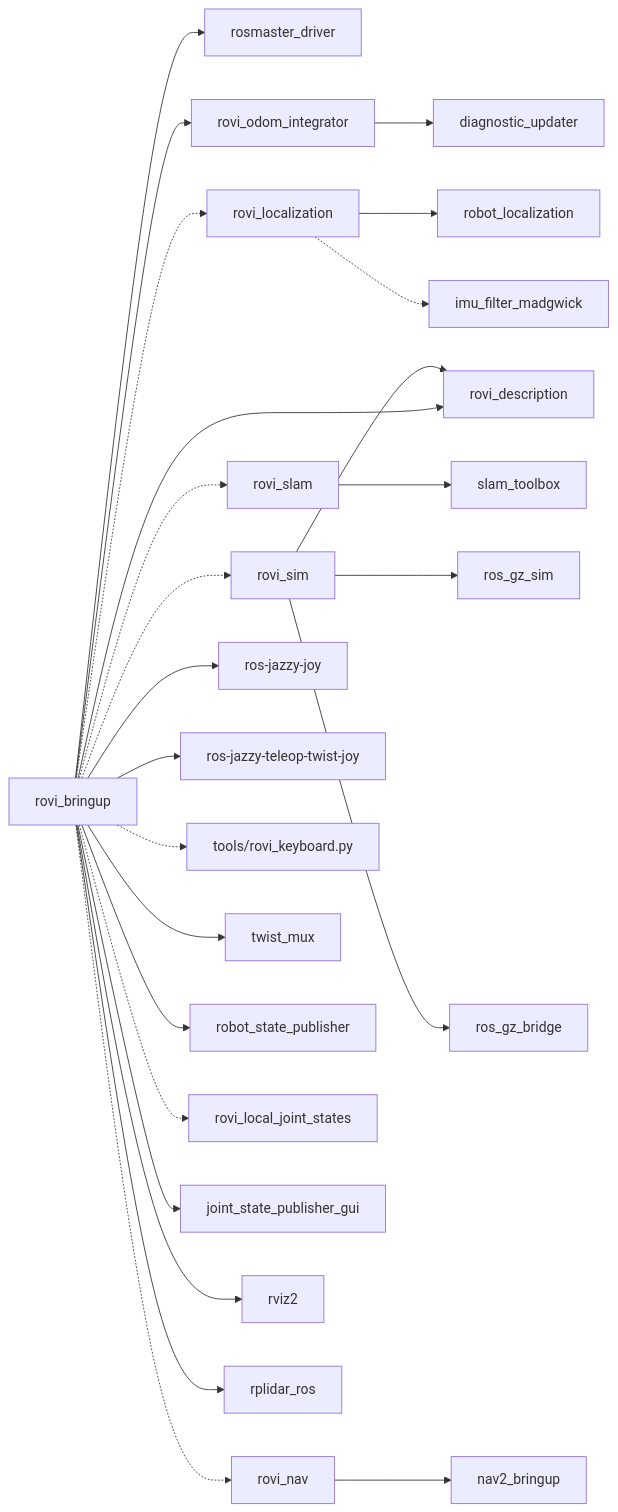
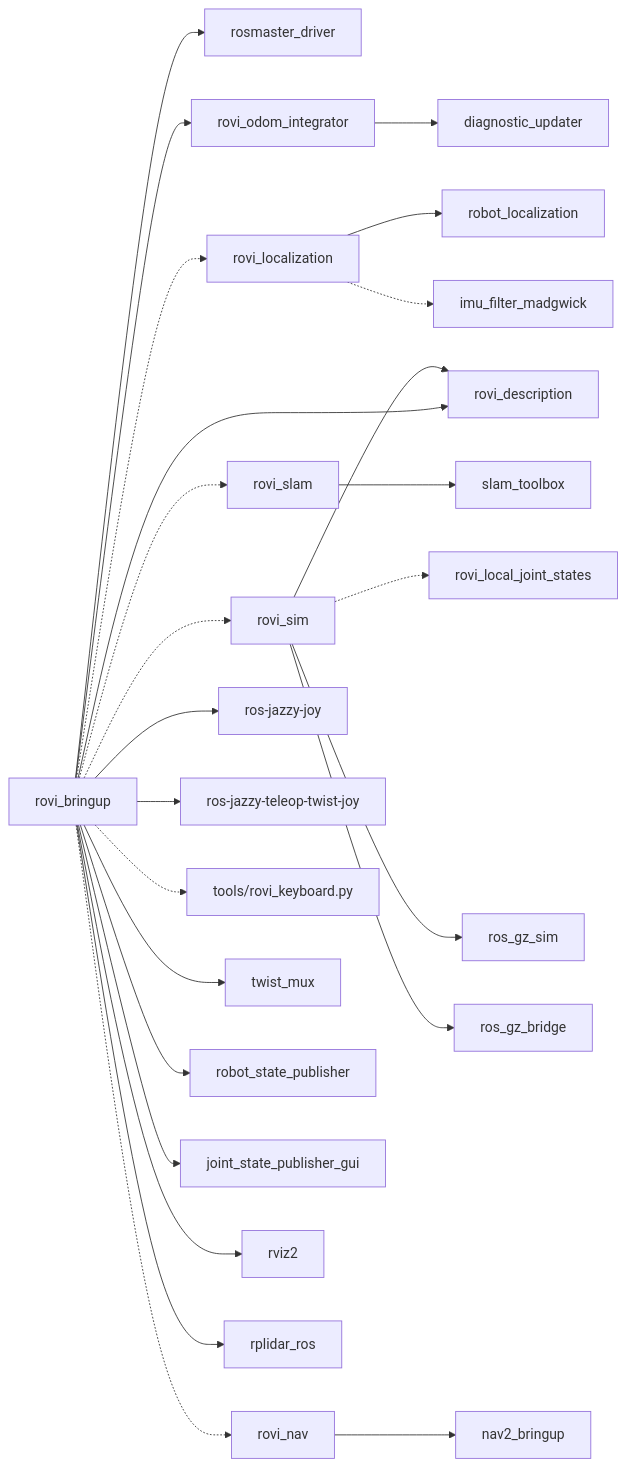
One commit to Roblibs/rovi_ros_ws changed diagram 12 of 12 in README.md. Above: the diagram before and after it, drawn with Mermaid. The commit also changed other lines of this file and 10 other files, not shown here.

````diff
--- a/README.md
+++ b/README.md
@@ -399,60 +399,60 @@
 ```mermaid
 flowchart LR
     RoviBringup[rovi_bringup]
     RoviDesc[rovi_description]
     Rosmaster[rosmaster_driver]
     RoviOdom[rovi_odom_integrator]
     RoviLoc[rovi_localization]
     RoviSlam[rovi_slam]
     RoviNav[rovi_nav]
     RoviSim[rovi_sim]
 
   
   Joy[ros-jazzy-joy]
   Teleop[ros-jazzy-teleop-twist-joy]
   TeleopKey[tools/rovi_keyboard.py]
   TwistMux[twist_mux]
   RSP[robot_state_publisher]
   LocalJoints[rovi_local_joint_states]
   JSPG[joint_state_publisher_gui]
   RVIZ[rviz2]
   Diag[diagnostic_updater]
   RPLidar[rplidar_ros]
   RosGzSim[ros_gz_sim]
   RosGzBridge[ros_gz_bridge]
   
   EKF[robot_localization]
   ImuFilter[imu_filter_madgwick]
   SlamToolbox[slam_toolbox]
 
   Nav2[nav2_bringup]
 
   RoviBringup --> RoviDesc
   RoviBringup --> Rosmaster
   RoviBringup --> RoviOdom
   RoviBringup -.-> RoviLoc
   RoviBringup -.-> RoviSlam
   RoviBringup --> Joy
   RoviBringup --> Teleop
   RoviBringup -.-> TeleopKey
   RoviBringup --> TwistMux
   RoviBringup --> RSP
-  RoviBringup -.-> LocalJoints
+  RoviSim -.-> LocalJoints
   RoviBringup --> JSPG
   RoviBringup --> RVIZ
   RoviBringup --> RPLidar
   RoviBringup -.-> RoviSim
   RoviBringup -.-> RoviNav
 
   RoviSim --> RosGzSim
   RoviSim --> RosGzBridge
   RoviSim --> RoviDesc
 
   RoviOdom --> Diag
 
   RoviLoc --> EKF
   RoviLoc -.-> ImuFilter
   RoviSlam --> SlamToolbox
   RoviNav --> Nav2
 
 ```
````
